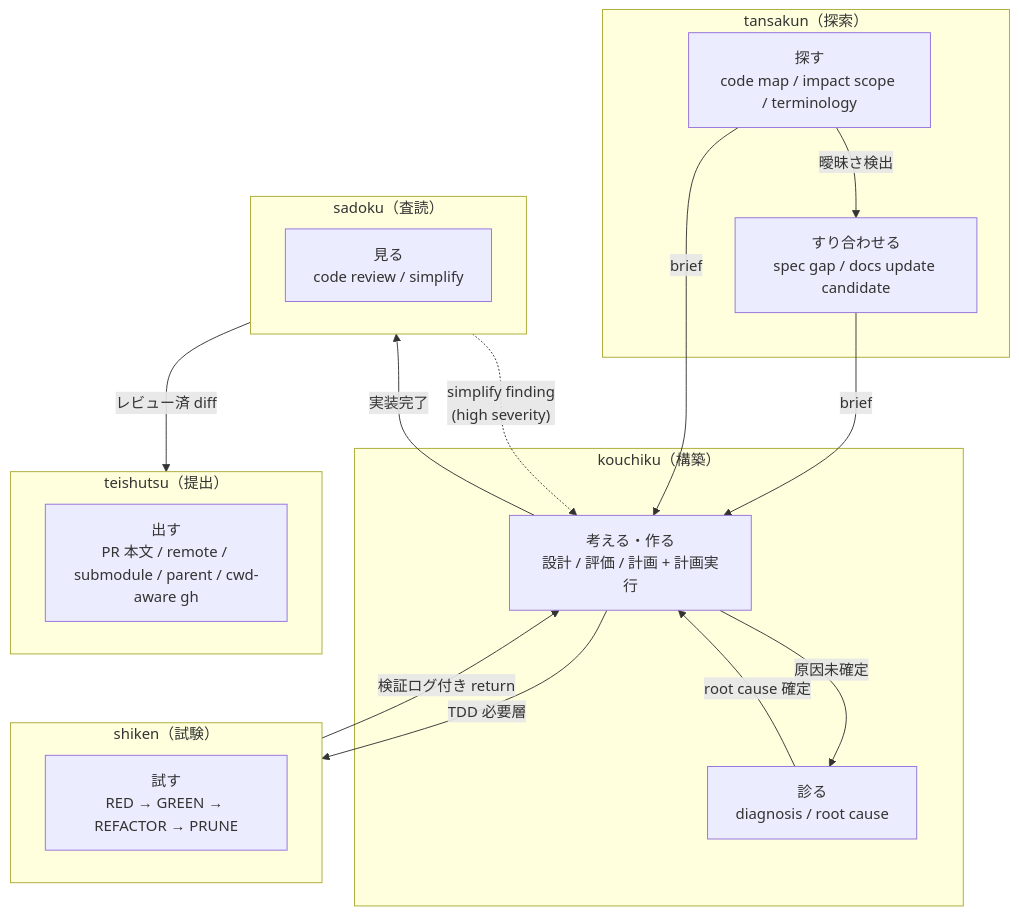
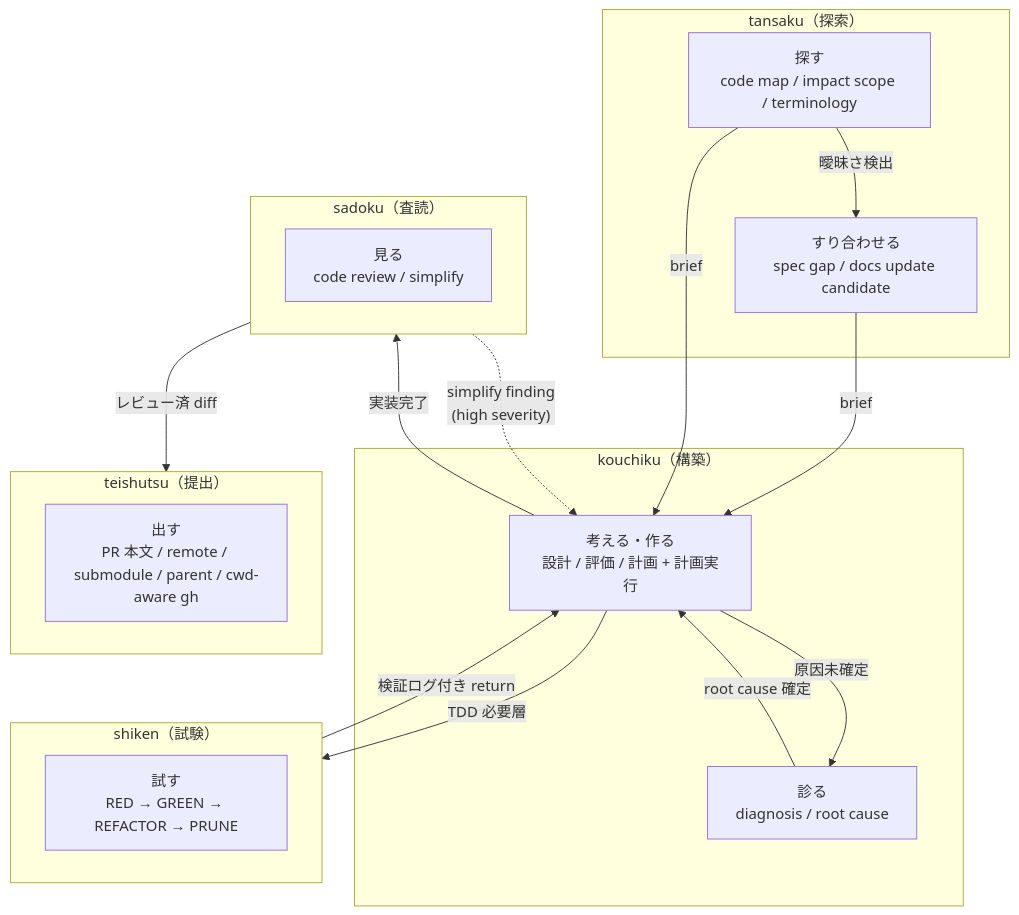
The first of 6 diagrams in docs/workflow.md (hayashiii-ghub/hikizan), drawn with Mermaid before and after one commit. The commit also changed other lines of this file and 6 other files, not shown here.

Commit message:
docs: rename tansakun references to tansaku across skills and routing docs.

````diff
--- a/docs/workflow.md
+++ b/docs/workflow.md
@@ -32,31 +32,31 @@
 ```mermaid
 flowchart TB
-  subgraph EXPLORE["tansakun（探索）"]
+  subgraph EXPLORE["tansaku（探索）"]
     T["探す<br/>code map / impact scope / terminology"]
     TS["すり合わせる<br/>spec gap / docs update candidate"]
   end
   subgraph BUILD["kouchiku（構築）"]
     K["考える・作る<br/>設計 / 評価 / 計画 + 計画実行"]
     KD["診る<br/>diagnosis / root cause"]
   end
   subgraph TEST["shiken（試験）"]
     S["試す<br/>RED → GREEN → REFACTOR → PRUNE"]
   end
   subgraph REVIEW["sadoku（査読）"]
     R["見る<br/>code review / simplify"]
   end
   subgraph SUBMIT["teishutsu（提出）"]
     M["出す<br/>PR 本文 / remote / submodule / parent / cwd-aware gh"]
   end
 
   T -->|"曖昧さ検出"| TS
   TS -->|"brief"| K
   T -->|"brief"| K
   K -->|"原因未確定"| KD
   KD -->|"root cause 確定"| K
   K -->|"TDD 必要層"| TEST
   TEST -->|"検証ログ付き return"| K
   K -->|"実装完了"| REVIEW
   REVIEW -.->|"simplify finding<br/>(high severity)"| K
   REVIEW -->|"レビュー済 diff"| SUBMIT
 ```
````
